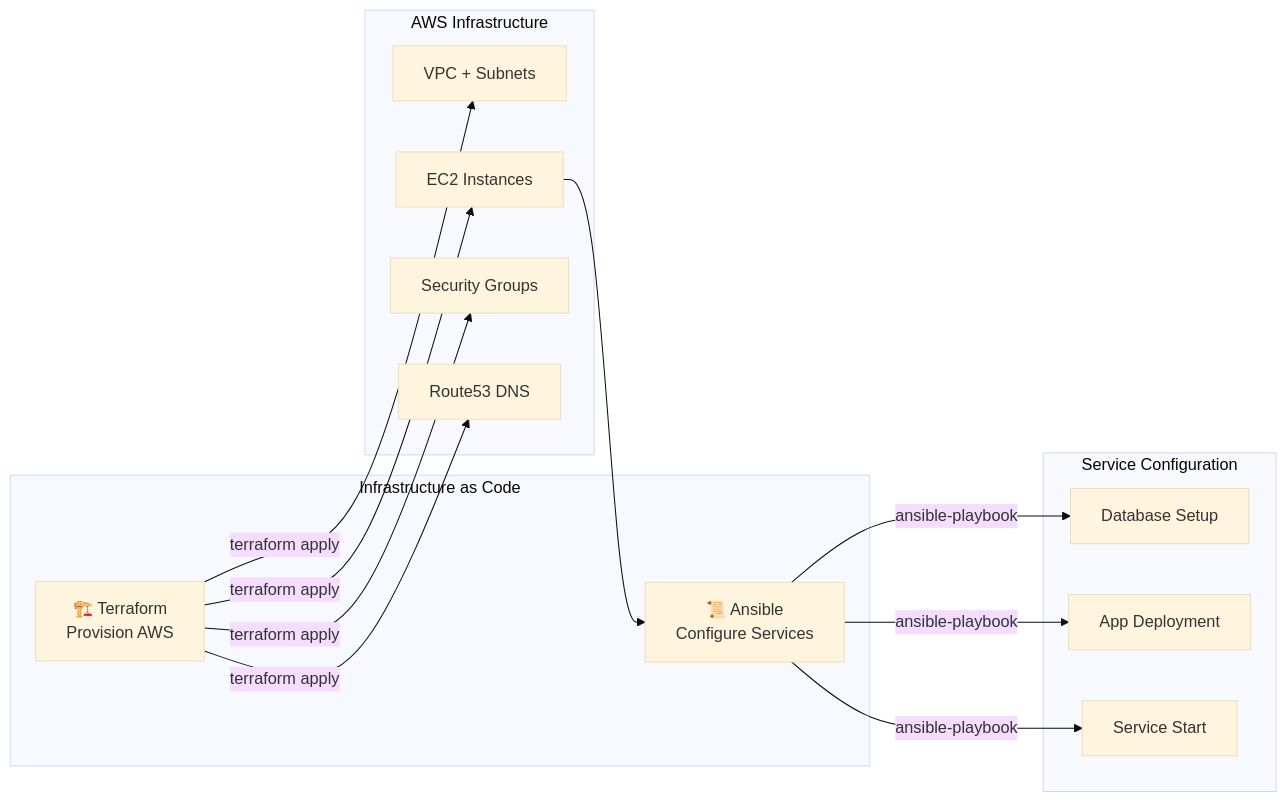
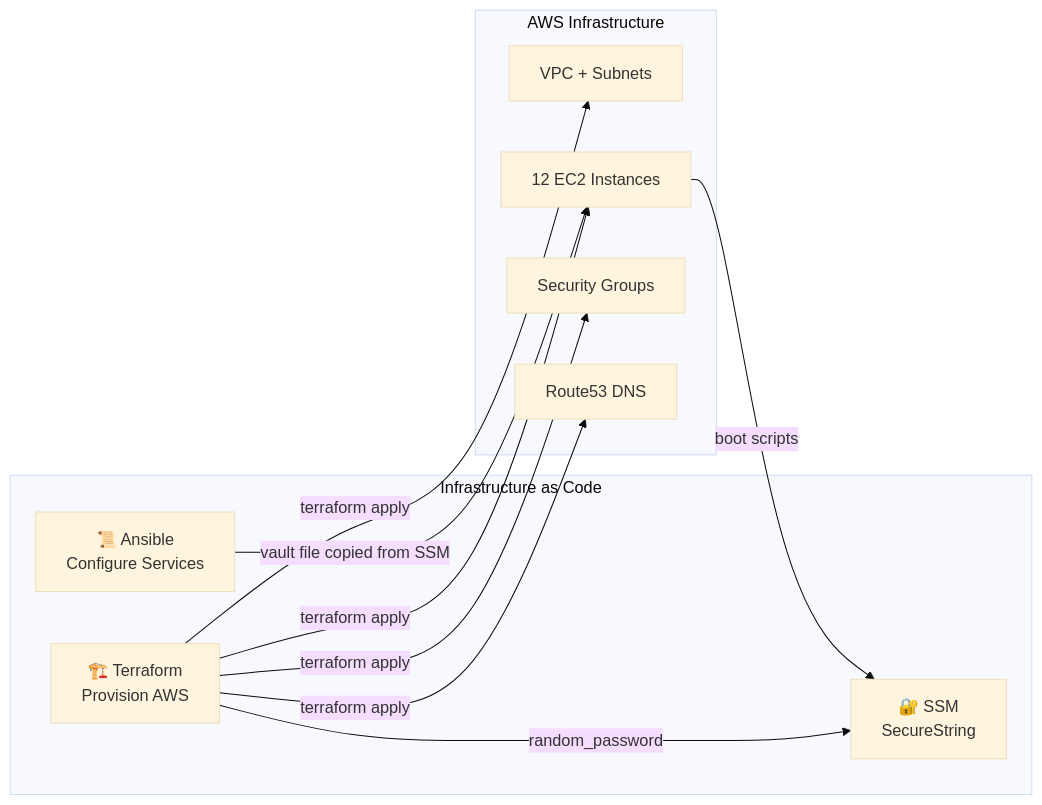
One commit to lloredia/RoboShop changed the third of 3 diagrams in README.md. Above: the diagram before and after it, drawn with Mermaid (base theme). The commit also changed other lines of this file and 73 other files, not shown here.

````diff
--- a/README.md
+++ b/README.md
@@ -138,30 +142,23 @@
 ```mermaid
 flowchart LR
     subgraph IaC["Infrastructure as Code"]
         TF[🏗️ Terraform\nProvision AWS]
+        SSM[🔐 SSM\nSecureString]
         ANS[📜 Ansible\nConfigure Services]
     end
 
     subgraph Infra["AWS Infrastructure"]
         VPC[VPC + Subnets]
-        EC2[EC2 Instances]
+        EC2[12 EC2 Instances]
         SG[Security Groups]
         RT53[Route53 DNS]
-    end
-
-    subgraph Config["Service Configuration"]
-        DB[Database Setup]
-        APP[App Deployment]
-        SVC[Service Start]
     end
 
     TF -->|terraform apply| VPC
     TF -->|terraform apply| EC2
     TF -->|terraform apply| SG
     TF -->|terraform apply| RT53
-    
-    EC2 --> ANS
-    ANS -->|ansible-playbook| DB
-    ANS -->|ansible-playbook| APP
-    ANS -->|ansible-playbook| SVC
+    TF -->|random_password| SSM
+    EC2 -->|boot scripts| SSM
+    ANS -->|vault file copied from SSM| EC2
 ```
````
